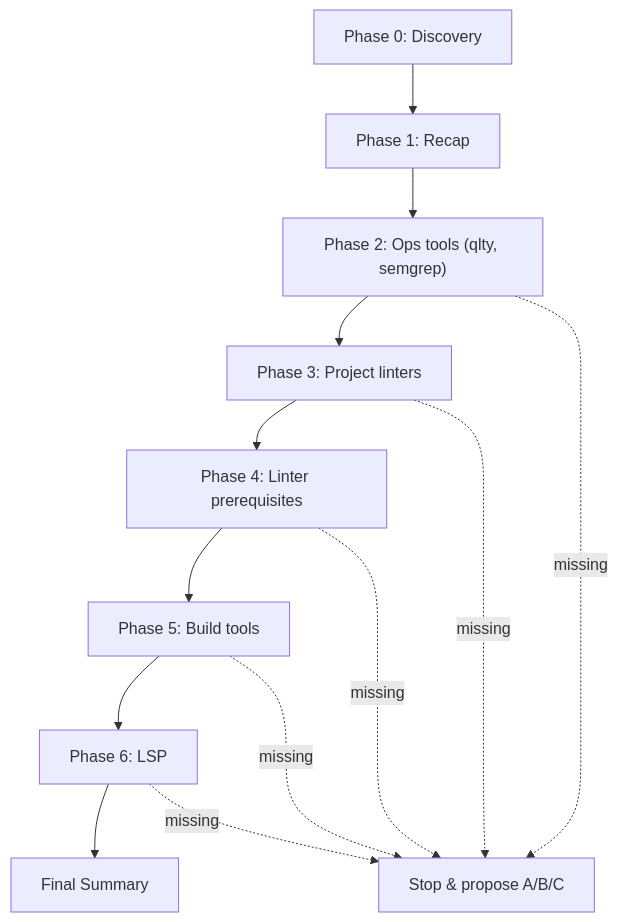
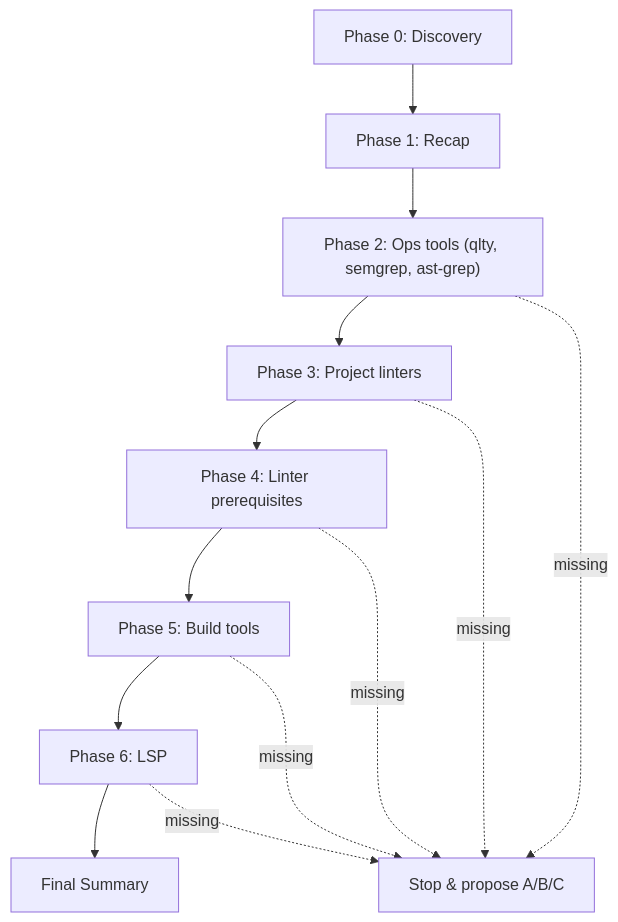
One commit to gigi206/ops changed diagram 15 of 17 in README.md. Above: the diagram before and after it, drawn with Mermaid. The commit also changed other lines of this file and 6 other files, not shown here.

````diff
--- a/README.md
+++ b/README.md
@@ -751,15 +752,15 @@
 ```mermaid
 graph TD
     D["Phase 0: Discovery"] --> R["Phase 1: Recap"]
-    R --> OT["Phase 2: Ops tools (qlty, semgrep)"]
+    R --> OT["Phase 2: Ops tools (qlty, semgrep, ast-grep)"]
     OT --> PL["Phase 3: Project linters"]
     PL --> PR["Phase 4: Linter prerequisites"]
     PR --> BT["Phase 5: Build tools"]
     BT --> LSP["Phase 6: LSP"]
     LSP --> S["Final Summary"]
     OT -.->|missing| FIX["Stop & propose A/B/C"]
     PL -.->|missing| FIX
     PR -.->|missing| FIX
     BT -.->|missing| FIX
     LSP -.->|missing| FIX
 ```
````
